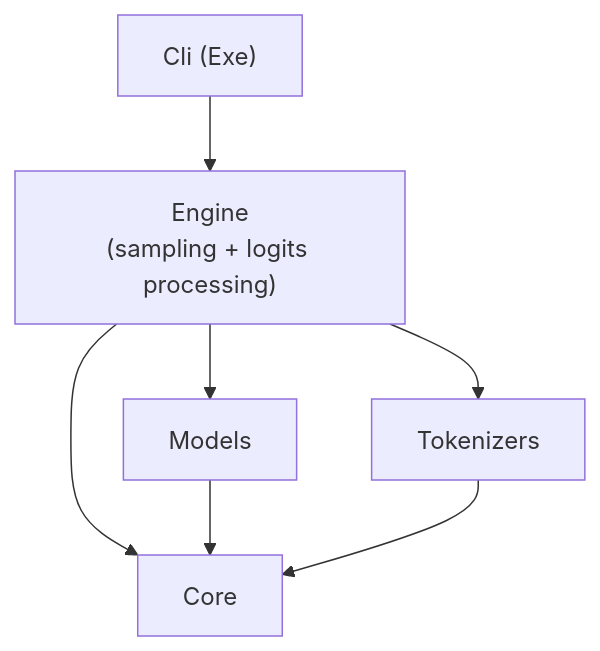
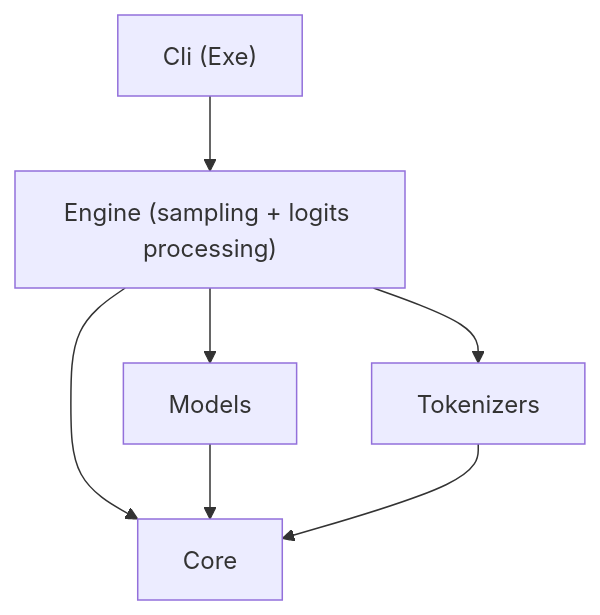
Before and after one commit to Glareone/AI-Inference-Execution-CSharp: the diagram in docs/architecture/260811-solution-and-project-layout.md, drawn with Mermaid. The commit also changed 4 other files, not shown here.

Commit message:
Adjusting all moments in skills and agents, adr adjusted to show diagrams correctly in rider and vscode

````diff
--- a/docs/architecture/260811-solution-and-project-layout.md
+++ b/docs/architecture/260811-solution-and-project-layout.md
@@ -93,9 +93,9 @@
 ```mermaid
 flowchart TB
-    cli["Cli (Exe)"] --> engine["Engine<br/>(sampling + logits processing)"]
+    cli["Cli (Exe)"] --> engine["Engine (sampling + logits processing)"]
     engine --> models["Models"]
     engine --> tok["Tokenizers"]
     engine --> core["Core"]
     models --> core
     tok --> core
 ```
````
